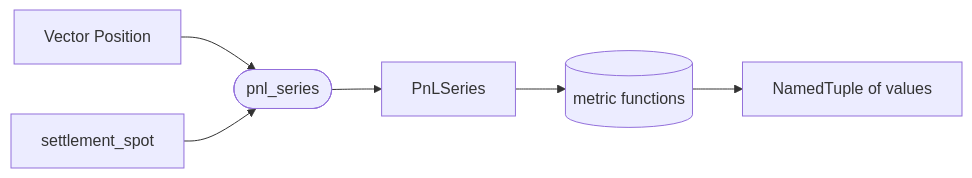
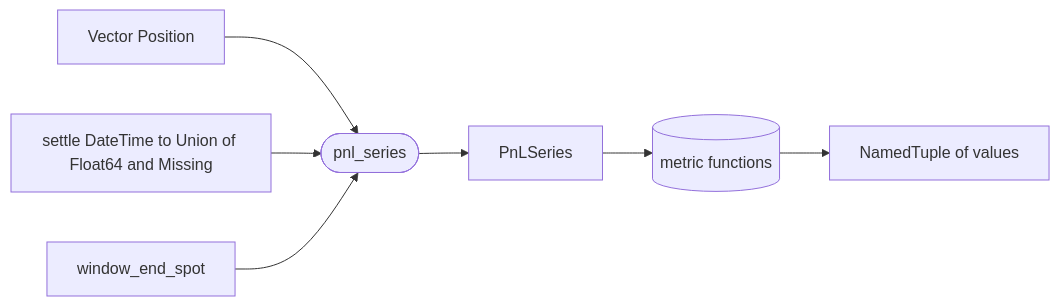
The diagram in docs/modules/metrics.md (aleCombi/VolSurfaceAnalysis.jl), drawn with Mermaid before and after one commit. The commit also changed other lines of this file and 17 other files, not shown here.

````diff
--- a/docs/modules/metrics.md
+++ b/docs/modules/metrics.md
@@ -12,8 +12,9 @@
 ```mermaid
 flowchart LR
     Ledger[Vector Position] --> PS([pnl_series])
-    Settle[settlement_spot] --> PS
+    Settle[settle DateTime to Union of Float64 and Missing] --> PS
+    WES[window_end_spot] --> PS
     PS --> Series[PnLSeries]
     Series --> Metrics[(metric functions)]
     Metrics --> NT[NamedTuple of values]
 ```
````
